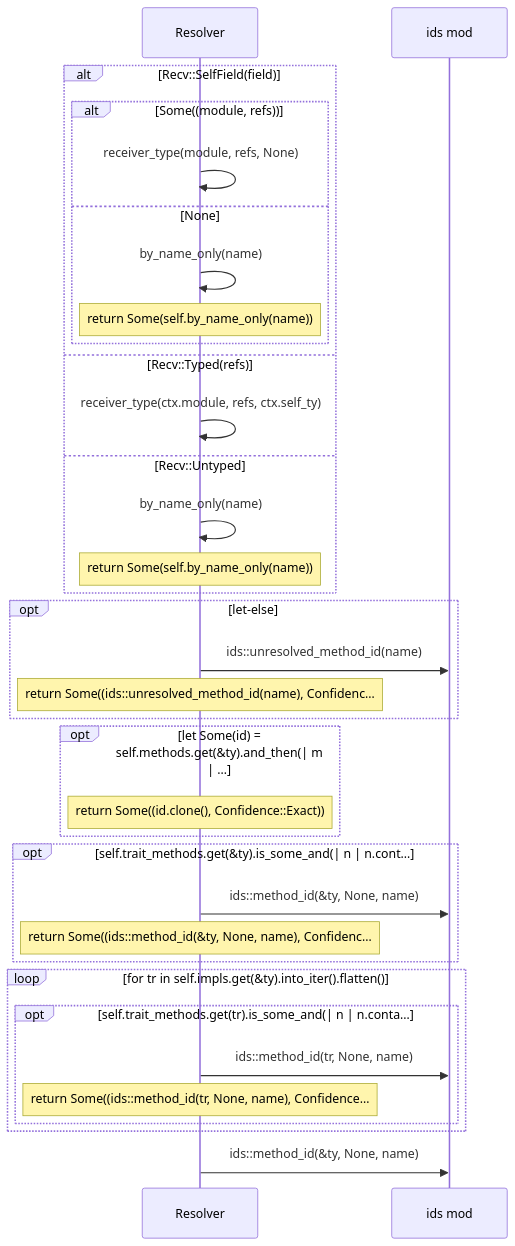
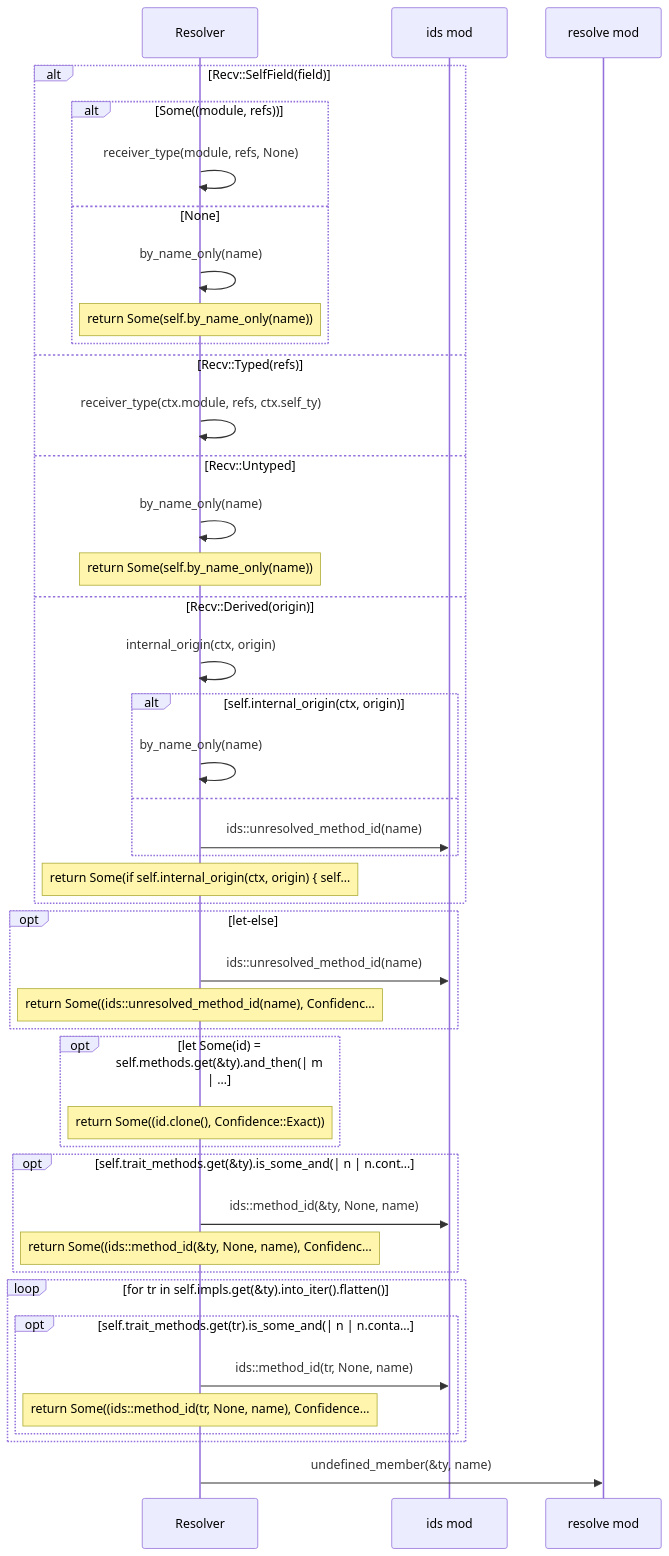
One commit to DreamLab-AI/codemaid changed diagram 19 of 22 in docs/sealmap/crates/sealmap-rust/src/resolve.rs.md. Above: the diagram before and after it, drawn with Mermaid. The commit also changed other lines of this file and 45 other files, not shown here.

First line of the commit message:
docs: regenerate the self-corpus for sym: ids and schema v2

````diff
--- a/docs/sealmap/crates/sealmap-rust/src/resolve.rs.md
+++ b/docs/sealmap/crates/sealmap-rust/src/resolve.rs.md
@@ -449,36 +530,45 @@
 ```mermaid
 sequenceDiagram
-  participant sealmap_rust__resolve__Resolver as Resolver
+  participant sealmap_rust__resolve___tResolver as Resolver
   participant sealmap_frontend__ids as ids mod
+  participant sealmap_rust__resolve as resolve mod
   alt Recv::SelfField(field)
     alt Some((module, refs))
-      sealmap_rust__resolve__Resolver->>sealmap_rust__resolve__Resolver: receiver_type(module, refs, None)
+      sealmap_rust__resolve___tResolver->>sealmap_rust__resolve___tResolver: receiver_type(module, refs, None)
     else None
-      sealmap_rust__resolve__Resolver->>sealmap_rust__resolve__Resolver: by_name_only(name)
-      Note over sealmap_rust__resolve__Resolver: return Some(self.by_name_only(name))
+      sealmap_rust__resolve___tResolver->>sealmap_rust__resolve___tResolver: by_name_only(name)
+      Note over sealmap_rust__resolve___tResolver: return Some(self.by_name_only(name))
     end
   else Recv::Typed(refs)
-    sealmap_rust__resolve__Resolver->>sealmap_rust__resolve__Resolver: receiver_type(ctx.module, refs, ctx.self_ty)
+    sealmap_rust__resolve___tResolver->>sealmap_rust__resolve___tResolver: receiver_type(ctx.module, refs, ctx.self_ty)
   else Recv::Untyped
-    sealmap_rust__resolve__Resolver->>sealmap_rust__resolve__Resolver: by_name_only(name)
-    Note over sealmap_rust__resolve__Resolver: return Some(self.by_name_only(name))
+    sealmap_rust__resolve___tResolver->>sealmap_rust__resolve___tResolver: by_name_only(name)
+    Note over sealmap_rust__resolve___tResolver: return Some(self.by_name_only(name))
+  else Recv::Derived(origin)
+    sealmap_rust__resolve___tResolver->>sealmap_rust__resolve___tResolver: internal_origin(ctx, origin)
+    alt self.internal_origin(ctx, origin)
+      sealmap_rust__resolve___tResolver->>sealmap_rust__resolve___tResolver: by_name_only(name)
+    else
+      sealmap_rust__resolve___tResolver->>sealmap_frontend__ids: ids::unresolved_method_id(name)
+    end
+    Note over sealmap_rust__resolve___tResolver: return Some(if self.internal_origin(ctx, origin) { self…
   end
   opt let-else
-    sealmap_rust__resolve__Resolver->>sealmap_frontend__ids: ids::unresolved_method_id(name)
-    Note over sealmap_rust__resolve__Resolver: return Some((ids::unresolved_method_id(name), Confidenc…
+    sealmap_rust__resolve___tResolver->>sealmap_frontend__ids: ids::unresolved_method_id(name)
+    Note over sealmap_rust__resolve___tResolver: return Some((ids::unresolved_method_id(name), Confidenc…
   end
   opt let Some(id) = self.methods.get(&ty).and_then(| m | …
-    Note over sealmap_rust__resolve__Resolver: return Some((id.clone(), Confidence::Exact))
+    Note over sealmap_rust__resolve___tResolver: return Some((id.clone(), Confidence::Exact))
   end
   opt self.trait_methods.get(&ty).is_some_and(| n | n.cont…
-    sealmap_rust__resolve__Resolver->>sealmap_frontend__ids: ids::method_id(&ty, None, name)
-    Note over sealmap_rust__resolve__Resolver: return Some((ids::method_id(&ty, None, name), Confidenc…
+    sealmap_rust__resolve___tResolver->>sealmap_frontend__ids: ids::method_id(&ty, None, name)
+    Note over sealmap_rust__resolve___tResolver: return Some((ids::method_id(&ty, None, name), Confidenc…
   end
   loop for tr in self.impls.get(&ty).into_iter().flatten()
     opt self.trait_methods.get(tr).is_some_and(| n | n.conta…
-      sealmap_rust__resolve__Resolver->>sealmap_frontend__ids: ids::method_id(tr, None, name)
-      Note over sealmap_rust__resolve__Resolver: return Some((ids::method_id(tr, None, name), Confidence…
+      sealmap_rust__resolve___tResolver->>sealmap_frontend__ids: ids::method_id(tr, None, name)
+      Note over sealmap_rust__resolve___tResolver: return Some((ids::method_id(tr, None, name), Confidence…
     end
   end
-  sealmap_rust__resolve__Resolver->>sealmap_frontend__ids: ids::method_id(&ty, None, name)
+  sealmap_rust__resolve___tResolver->>sealmap_rust__resolve: undefined_member(&ty, name)
 ```
````
